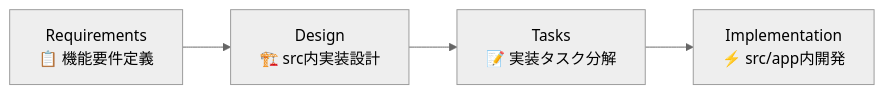
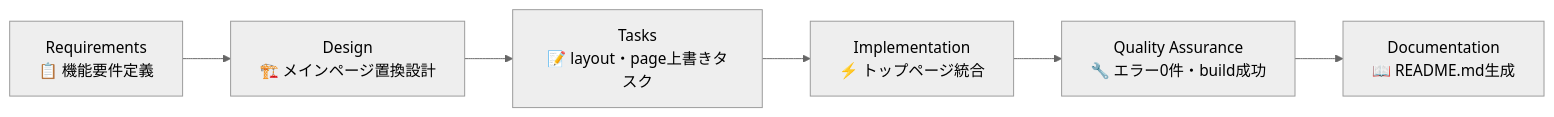
One commit to shouta0715/shunsaku-monorepo changed the diagram in apps/web/.claude/CLAUDE.md. Above: the diagram before and after it, drawn with Mermaid (neutral theme). The commit also changed other lines of this file and 4 other files, not shown here.

````diff
--- a/apps/web/.claude/CLAUDE.md
+++ b/apps/web/.claude/CLAUDE.md
@@ -105,6 +106,8 @@
 ```mermaid
 graph LR
-    A[Requirements<br/>📋 機能要件定義] --> B[Design<br/>🏗️ src内実装設計]
-    B --> C[Tasks<br/>📝 実装タスク分解]
-    C --> D[Implementation<br/>⚡ src/app内開発]
+    A[Requirements<br/>📋 機能要件定義] --> B[Design<br/>🏗️ メインページ置換設計]
+    B --> C[Tasks<br/>📝 layout・page上書きタスク]
+    C --> D[Implementation<br/>⚡ トップページ統合]
+    D --> E[Quality Assurance<br/>🔧 エラー0件・build成功]
+    E --> F[Documentation<br/>📖 README.md生成]
 ```
````
